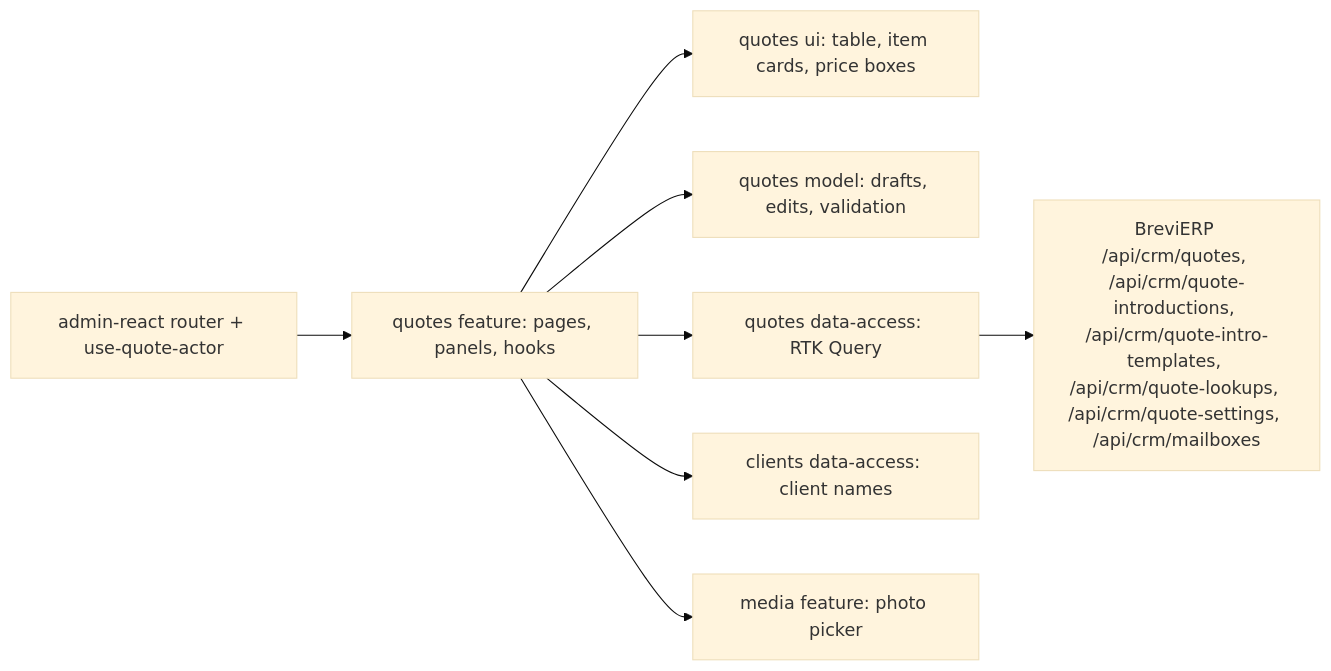
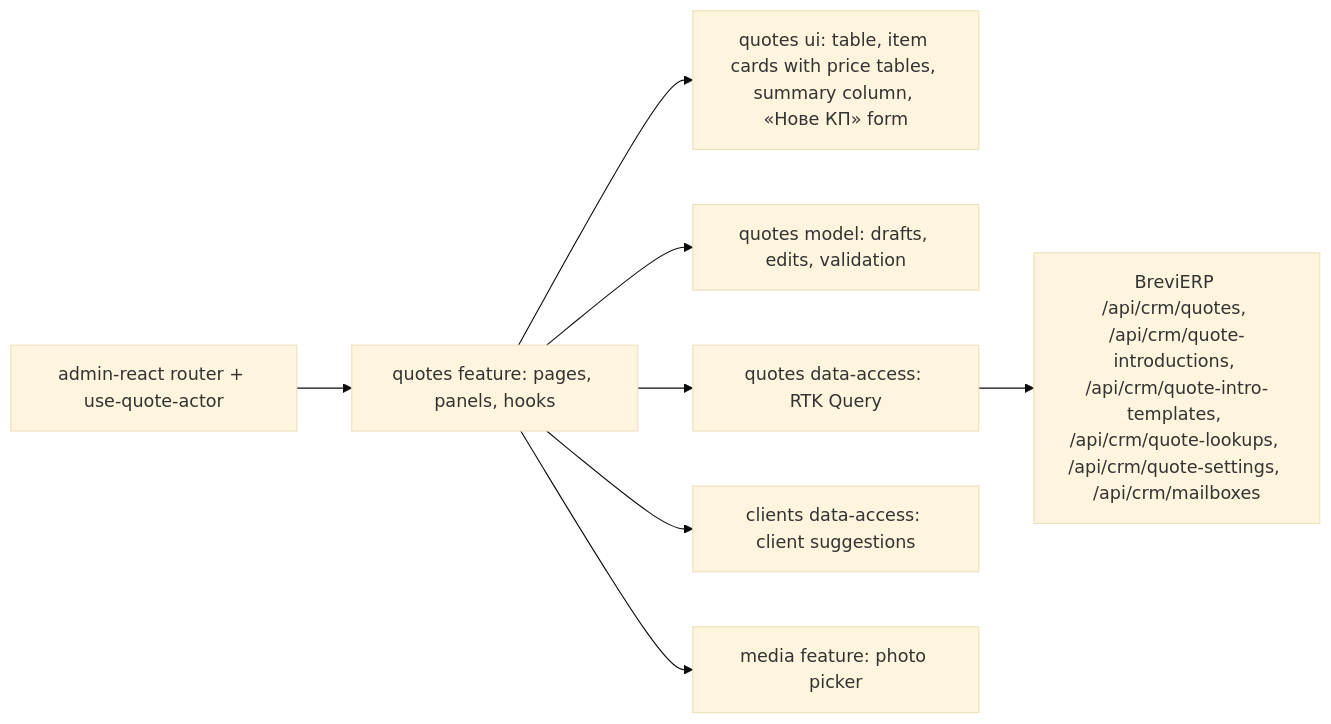
Before and after one commit to Weretik/brevi-web: the diagram in docs/features/admin/quotes.md, drawn with Mermaid (base theme). The commit also changed other lines of this file and 49 other files, not shown here.

````diff
--- a/docs/features/admin/quotes.md
+++ b/docs/features/admin/quotes.md
@@ -33,10 +36,10 @@
 ```mermaid
 flowchart LR
   App[admin-react router + use-quote-actor] --> Feature[quotes feature: pages, panels, hooks]
-  Feature --> UI[quotes ui: table, item cards, price boxes]
+  Feature --> UI[quotes ui: table, item cards with price tables, summary column, «Нове КП» form]
   Feature --> Model[quotes model: drafts, edits, validation]
   Feature --> DA[quotes data-access: RTK Query]
-  Feature --> Clients[clients data-access: client names]
+  Feature --> Clients[clients data-access: client suggestions]
   Feature --> Media[media feature: photo picker]
   DA --> Backend[BreviERP /api/crm/quotes, /api/crm/quote-introductions, /api/crm/quote-intro-templates, /api/crm/quote-lookups, /api/crm/quote-settings, /api/crm/mailboxes]
 ```
````
